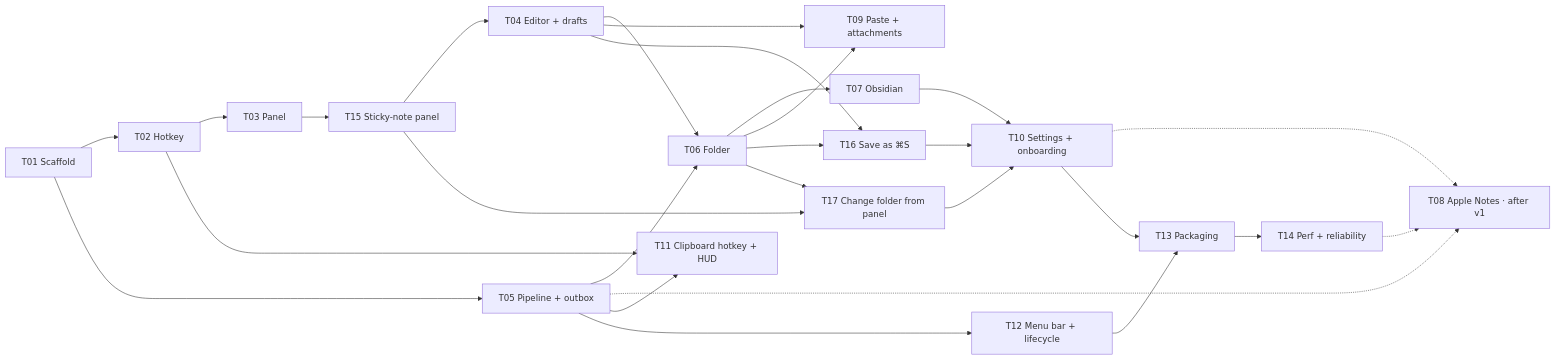
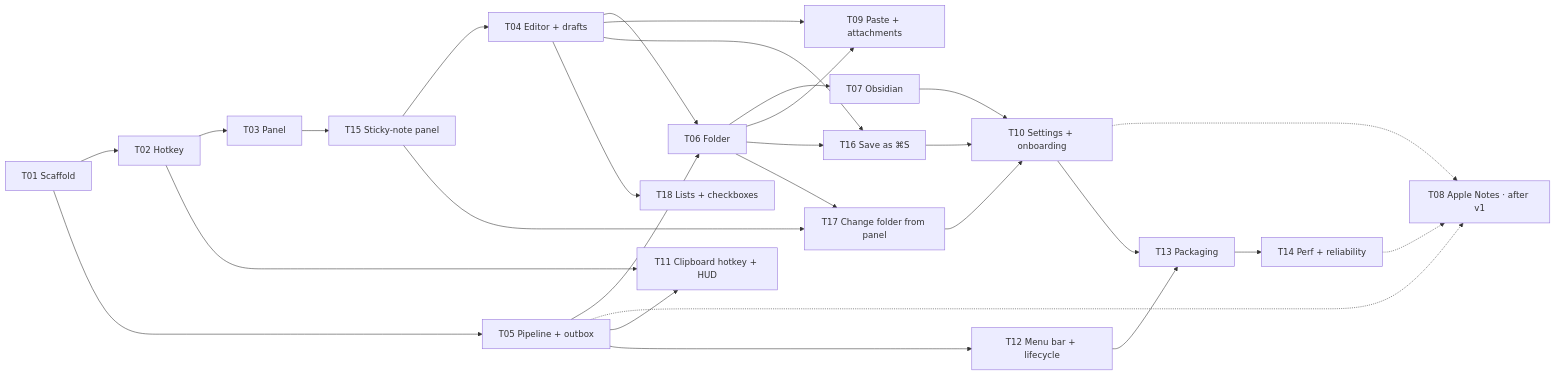
The diagram in context/tasks/README.md (elizabeth-ling/otter), drawn with Mermaid before and after one commit. The commit also changed other lines of this file and 13 other files, not shown here.

````diff
--- a/context/tasks/README.md
+++ b/context/tasks/README.md
@@ -16,29 +16,30 @@
 ```mermaid
 flowchart LR
   T01[T01 Scaffold] --> T02[T02 Hotkey]
   T01 --> T05[T05 Pipeline + outbox]
   T02 --> T03[T03 Panel]
   T03 --> T15[T15 Sticky-note panel]
   T15 --> T04[T04 Editor + drafts]
   T05 --> T06[T06 Folder]
   T04 --> T06
   T06 --> T07[T07 Obsidian]
   T05 -.-> T08[T08 Apple Notes · after v1]
   T10 -.-> T08
   T14 -.-> T08
   T04 --> T09[T09 Paste + attachments]
   T06 --> T09
   T04 --> T16[T16 Save as ⌘S]
   T06 --> T16
   T05 --> T11[T11 Clipboard hotkey + HUD]
   T02 --> T11
   T07 --> T10[T10 Settings + onboarding]
   T16 --> T10
   T06 --> T17[T17 Change folder from panel]
   T15 --> T17
   T17 --> T10
+  T04 --> T18[T18 Lists + checkboxes]
   T05 --> T12[T12 Menu bar + lifecycle]
   T10 --> T13[T13 Packaging]
   T12 --> T13
   T13 --> T14[T14 Perf + reliability]
 ```
````
